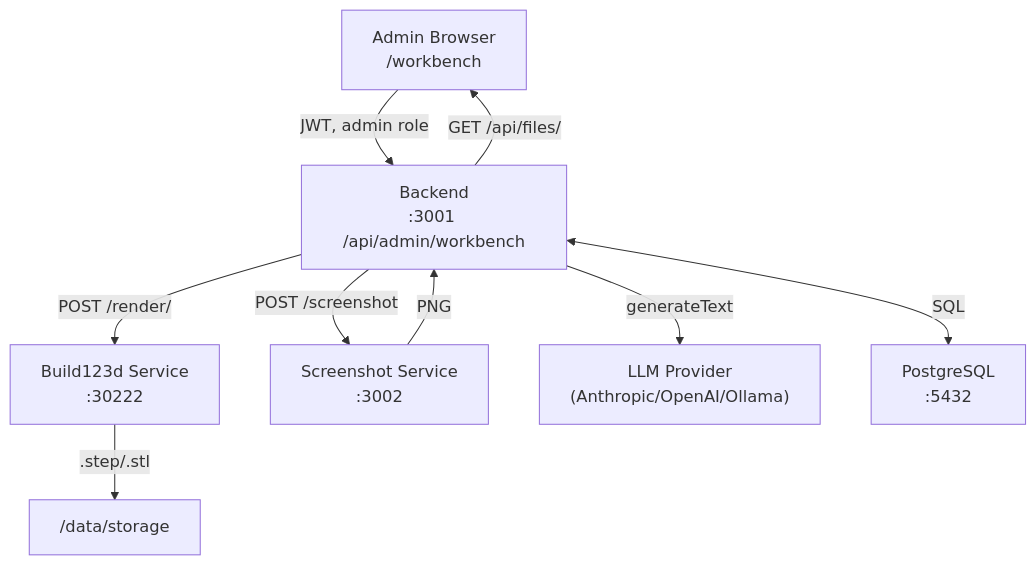
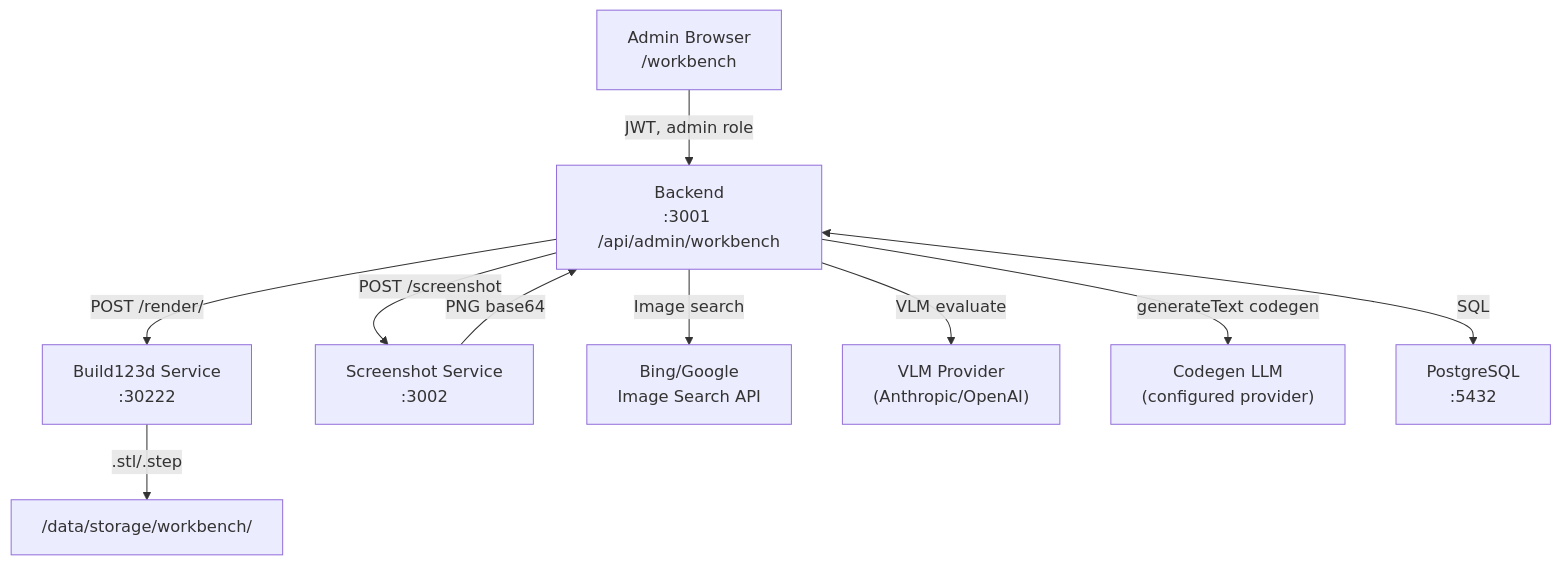
The diagram in docs/build123d-llm-workbench.md (kreuzhofer/chat3d-app), drawn with Mermaid before and after one commit. The commit also changed other lines of this file and 11 other files, not shown here.

````diff
--- a/docs/build123d-llm-workbench.md
+++ b/docs/build123d-llm-workbench.md
@@ -95,11 +141,12 @@
 ```mermaid
 graph TD
     Admin["Admin Browser\n/workbench"] -->|JWT, admin role| Backend["Backend\n:3001 /api/admin/workbench"]
     Backend -->|POST /render/| Build123d["Build123d Service\n:30222"]
     Backend -->|POST /screenshot| Screenshot["Screenshot Service\n:3002"]
-    Backend -->|generateText| LLM["LLM Provider\n(Anthropic/OpenAI/Ollama)"]
+    Backend -->|Image search| ImageSearch["Bing/Google\nImage Search API"]
+    Backend -->|VLM evaluate| LLM_VLM["VLM Provider\n(Anthropic/OpenAI)"]
+    Backend -->|generateText codegen| LLM_Codegen["Codegen LLM\n(configured provider)"]
     Backend <-->|SQL| DB["PostgreSQL\n:5432"]
-    Build123d -->|.step/.stl| Storage["/data/storage"]
-    Screenshot -->|PNG| Backend
-    Backend -->|GET /api/files/| Admin
+    Build123d -->|.stl/.step| Storage["/data/storage/workbench/"]
+    Screenshot -->|PNG base64| Backend
 ```
````
